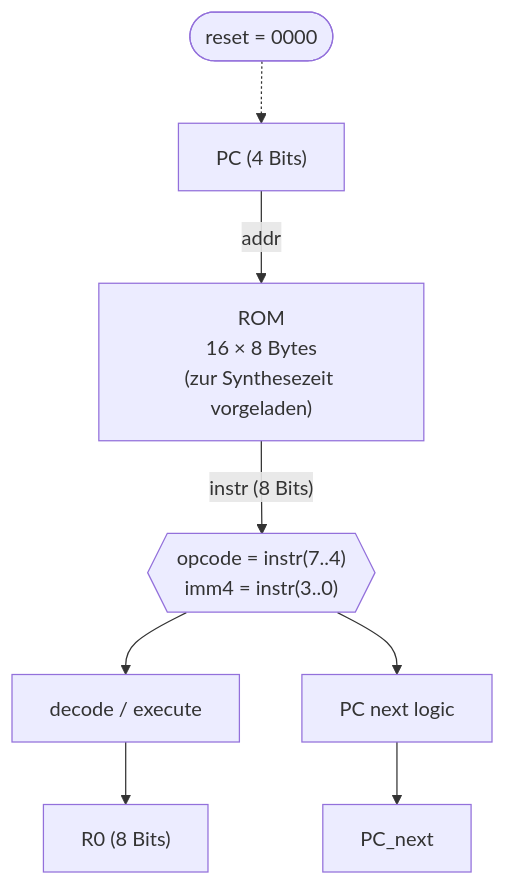
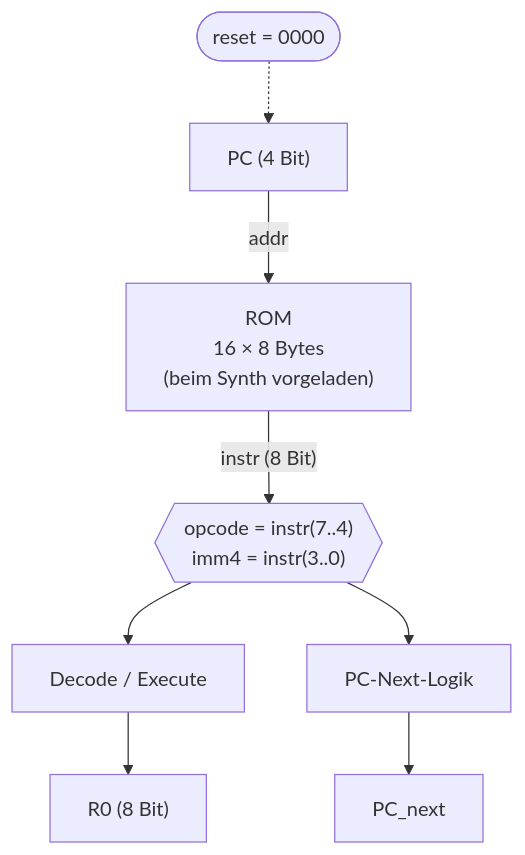
The diagram in Kmila.Shared/wwwroot/Learn/de/cpu/02-cpu-project.md (Kmila9s/Kmila), drawn with Mermaid before and after one commit. The commit also changed other lines of this file and 207 other files, not shown here.

````diff
--- a/Kmila.Shared/wwwroot/Learn/de/cpu/02-cpu-project.md
+++ b/Kmila.Shared/wwwroot/Learn/de/cpu/02-cpu-project.md
@@ -7,10 +7,10 @@
 ```mermaid
 flowchart TD
-    RST(["reset = 0000"]) -.-> PC["PC (4 Bits)"]
-    PC -- addr --> ROM["ROM<br/>16 × 8 Bytes<br/>(zur Synthesezeit vorgeladen)"]
-    ROM -- "instr (8 Bits)" --> SPLIT{{"opcode = instr(7..4)<br/>imm4 = instr(3..0)"}}
-    SPLIT --> DECEXE["decode / execute"]
-    SPLIT --> PCNXT["PC next logic"]
-    DECEXE --> R0["R0 (8 Bits)"]
+    RST(["reset = 0000"]) -.-> PC["PC (4 Bit)"]
+    PC -- addr --> ROM["ROM<br/>16 × 8 Bytes<br/>(beim Synth vorgeladen)"]
+    ROM -- "instr (8 Bit)" --> SPLIT{{"opcode = instr(7..4)<br/>imm4 = instr(3..0)"}}
+    SPLIT --> DECEXE["Decode / Execute"]
+    SPLIT --> PCNXT["PC-Next-Logik"]
+    DECEXE --> R0["R0 (8 Bit)"]
     PCNXT --> PCN["PC_next"]
 ```
````
